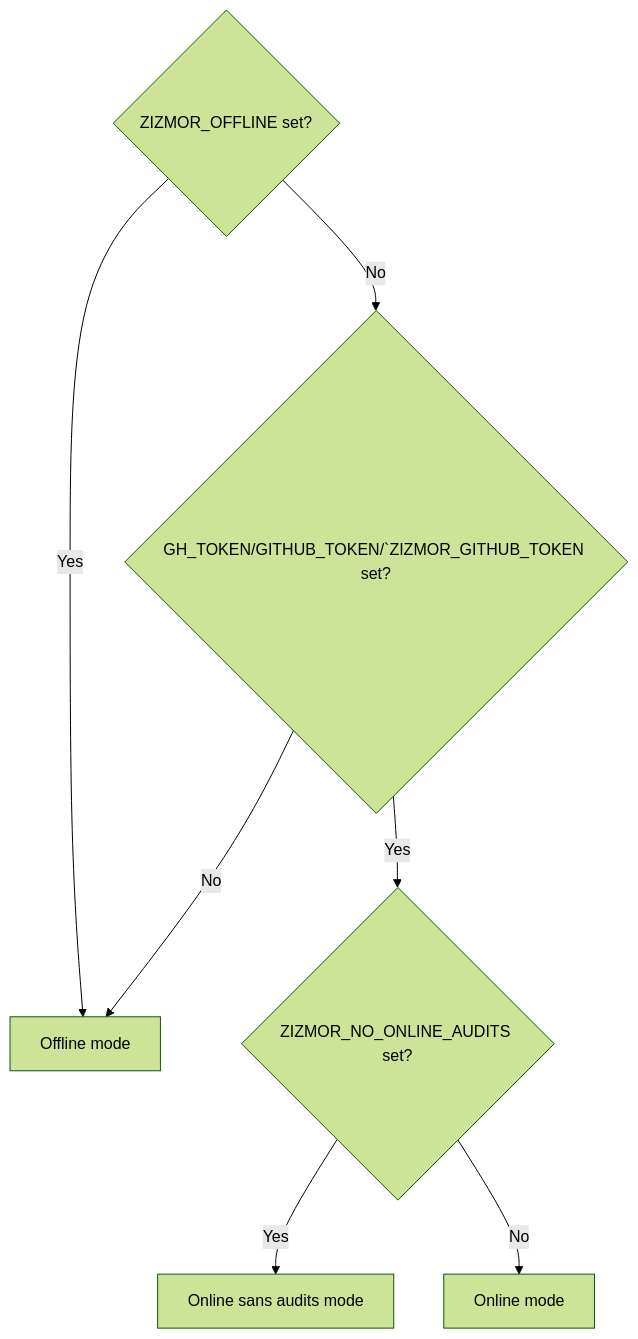
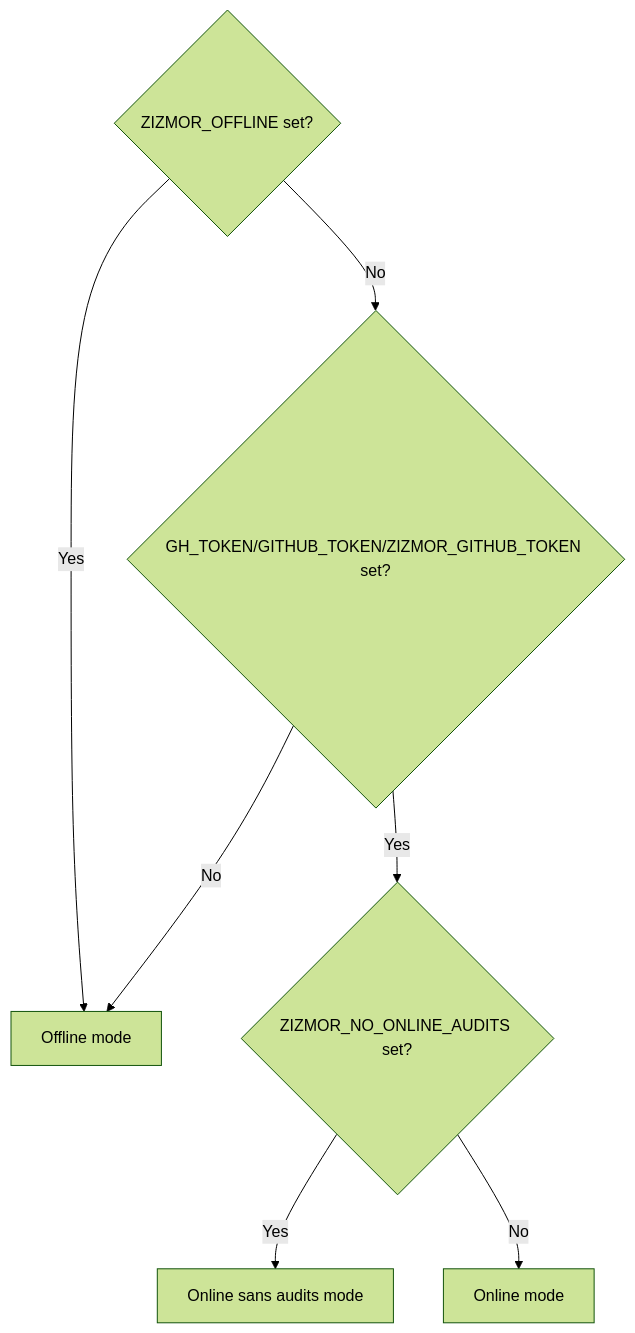
One commit to zizmorcore/zizmor changed the diagram in docs/usage.md. Above: the diagram before and after it, drawn with Mermaid (forest theme).

````diff
--- a/docs/usage.md
+++ b/docs/usage.md
@@ -136,9 +136,9 @@
 ```mermaid
 flowchart TD
   B{ZIZMOR_OFFLINE set?} -- Yes --> C[Offline mode]
-  B -- No --> D{GH_TOKEN/GITHUB_TOKEN/`ZIZMOR_GITHUB_TOKEN set?}
+  B -- No --> D{GH_TOKEN/GITHUB_TOKEN/ZIZMOR_GITHUB_TOKEN set?}
   D -- No --> C
   D -- Yes --> E{ZIZMOR_NO_ONLINE_AUDITS set?}
   E -- Yes --> F[Online sans audits mode]
   E -- No --> G[Online mode]
 ```
````
